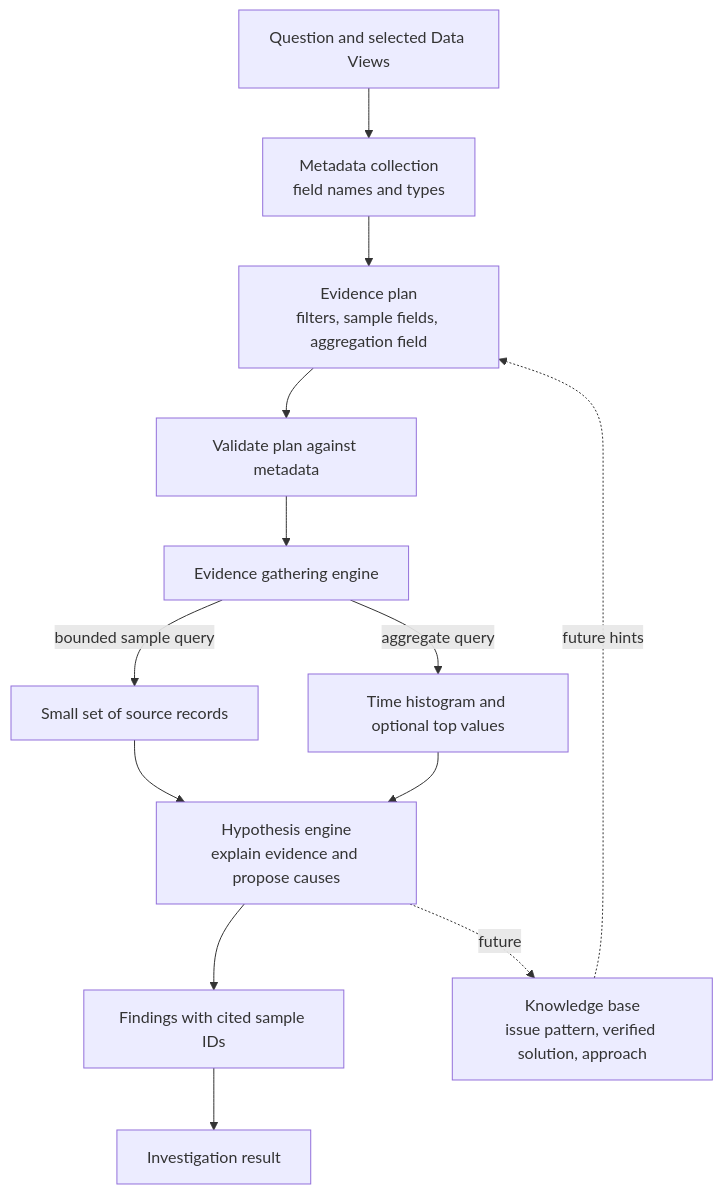
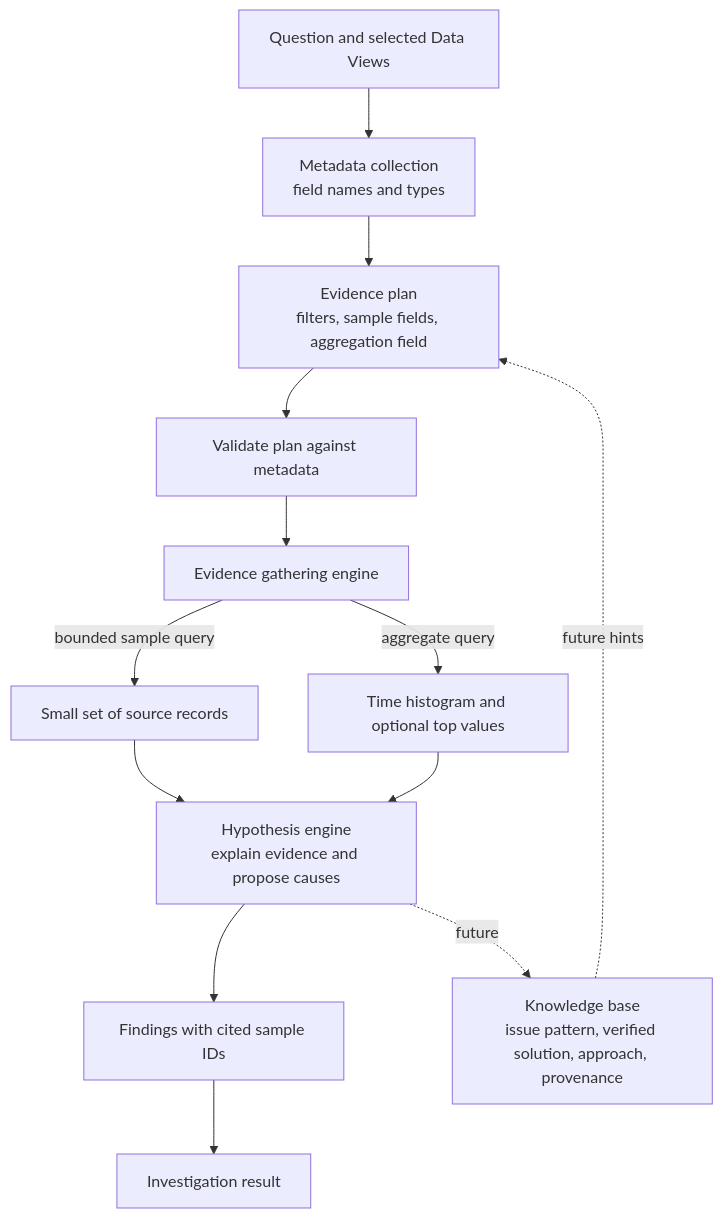
The diagram in docs/investigation-pipeline.md (InvestiGenie/investigenie), drawn with Mermaid before and after one commit. The commit also changed other lines of this file and 1 other file, not shown here.

First line of the commit message:
docs: expand future investigation knowledge plan

````diff
--- a/docs/investigation-pipeline.md
+++ b/docs/investigation-pipeline.md
@@ -5,15 +5,15 @@
 ```mermaid
 flowchart TD
     Q[Question and selected Data Views] --> M[Metadata collection<br/>field names and types]
     M --> P[Evidence plan<br/>filters, sample fields, aggregation field]
     P --> V[Validate plan against metadata]
     V --> E[Evidence gathering engine]
     E -->|bounded sample query| S[Small set of source records]
     E -->|aggregate query| A[Time histogram and optional top values]
     S --> H[Hypothesis engine<br/>explain evidence and propose causes]
     A --> H
     H --> R[Findings with cited sample IDs]
     R --> UI[Investigation result]
-    H -. future .-> K[Knowledge base<br/>issue pattern, verified solution, approach]
+    H -. future .-> K[Knowledge base<br/>issue pattern, verified solution, approach, provenance]
     K -. future hints .-> P
 ```
````
